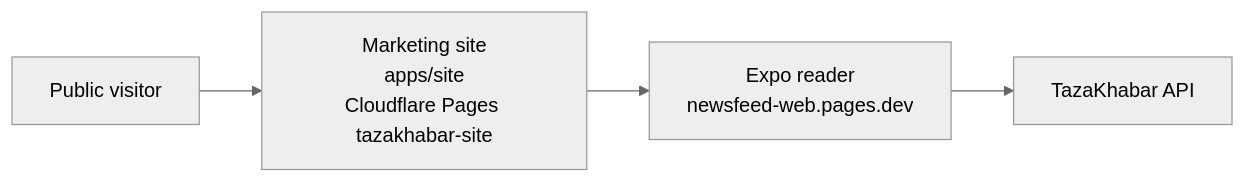
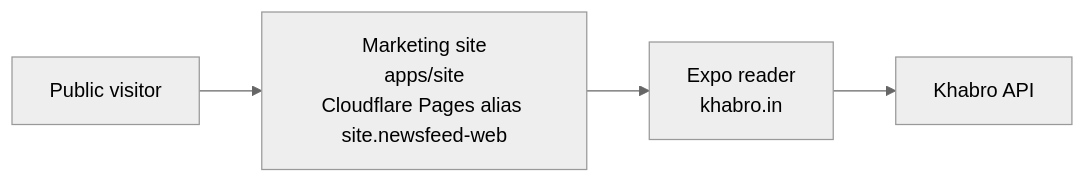
One commit to sshivanshg/TAZAkhabar changed the diagram in docs/architecture/09-marketing-site.md. Above: the diagram before and after it, drawn with Mermaid (neutral theme). The commit also changed other lines of this file and 91 other files, not shown here.

````diff
--- a/docs/architecture/09-marketing-site.md
+++ b/docs/architecture/09-marketing-site.md
@@ -17,6 +17,6 @@
 ```mermaid
 flowchart LR
-  Visitor[Public visitor] --> Site[Marketing site<br/>apps/site<br/>Cloudflare Pages tazakhabar-site]
-  Site --> Reader[Expo reader<br/>newsfeed-web.pages.dev]
-  Reader --> API[TazaKhabar API]
+  Visitor[Public visitor] --> Site[Marketing site<br/>apps/site<br/>Cloudflare Pages alias site.newsfeed-web]
+  Site --> Reader[Expo reader<br/>khabro.in]
+  Reader --> API[Khabro API]
 ```
````
